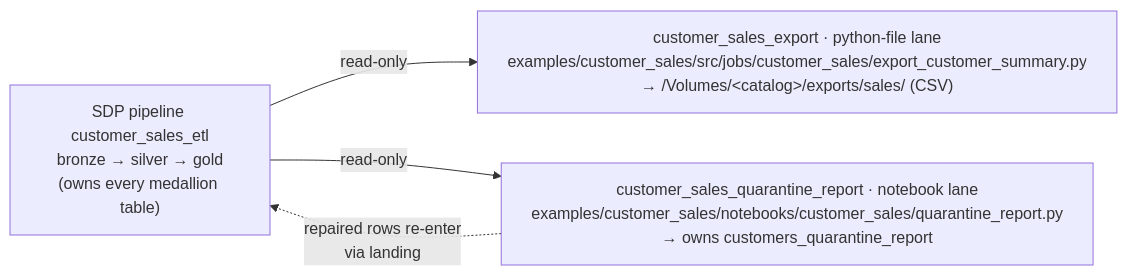
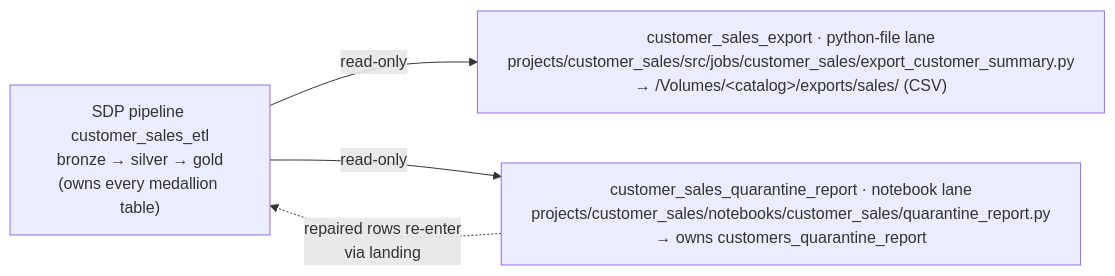
The third of 6 diagrams in docs/ARCHITECTURE.md (Vegash09/Demo_Lab), drawn with Mermaid before and after one commit. The commit also changed other lines of this file and 68 other files, not shown here.

First line of the commit message:
refactor: rename examples/ -> projects/ (reference domains)

````diff
--- a/docs/ARCHITECTURE.md
+++ b/docs/ARCHITECTURE.md
@@ -69,7 +69,7 @@
 ```mermaid
 flowchart LR
     PL["SDP pipeline customer_sales_etl<br/>bronze → silver → gold<br/>(owns every medallion table)"]
-    PL -->|read-only| EXP["customer_sales_export · python-file lane<br/>examples/customer_sales/src/jobs/customer_sales/export_customer_summary.py<br/>→ /Volumes/&lt;catalog&gt;/exports/sales/ (CSV)"]
-    PL -->|read-only| QR["customer_sales_quarantine_report · notebook lane<br/>examples/customer_sales/notebooks/customer_sales/quarantine_report.py<br/>→ owns customers_quarantine_report"]
+    PL -->|read-only| EXP["customer_sales_export · python-file lane<br/>projects/customer_sales/src/jobs/customer_sales/export_customer_summary.py<br/>→ /Volumes/&lt;catalog&gt;/exports/sales/ (CSV)"]
+    PL -->|read-only| QR["customer_sales_quarantine_report · notebook lane<br/>projects/customer_sales/notebooks/customer_sales/quarantine_report.py<br/>→ owns customers_quarantine_report"]
     QR -.->|"repaired rows re-enter<br/>via landing"| PL
 ```
````
